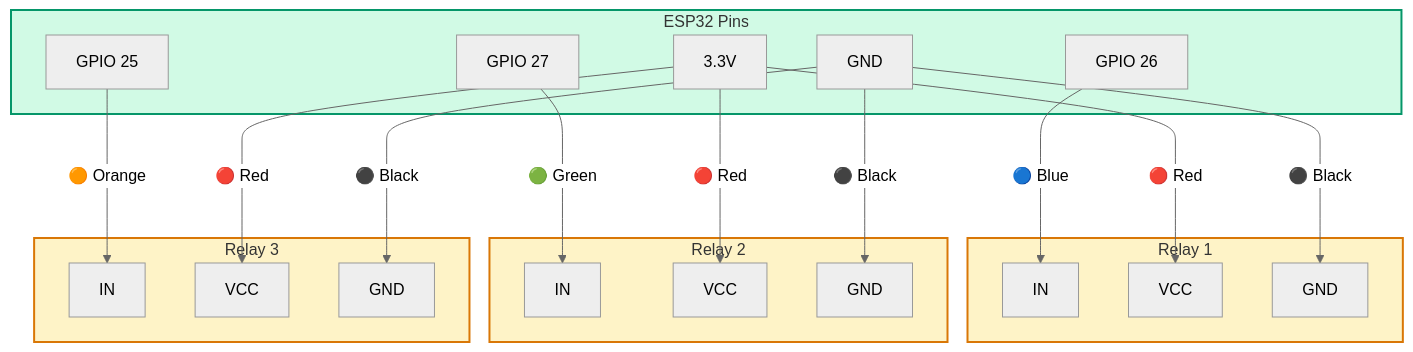
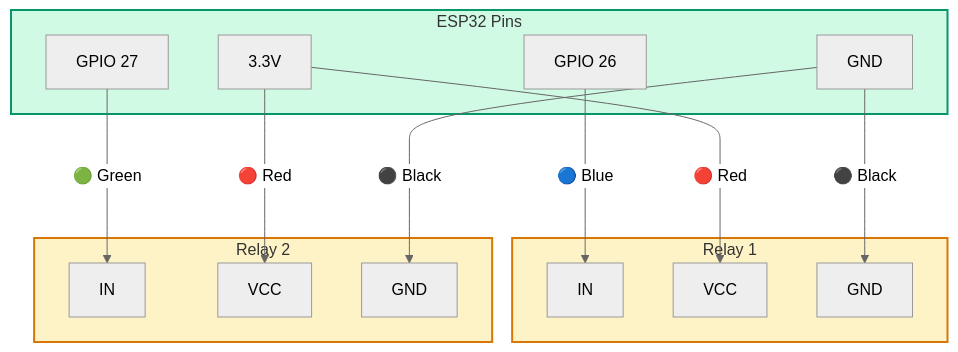
One commit to ermaasofia/SmartParcelLockerSystem changed the third of 9 diagrams in wiring.md. Above: the diagram before and after it, drawn with Mermaid (neutral theme). The commit also changed other lines of this file and 3 other files, not shown here.

````diff
--- a/wiring.md
+++ b/wiring.md
@@ -178,43 +152,32 @@
 ```mermaid
 graph TD
     subgraph ESP ["ESP32 Pins"]
         P26["GPIO 26"]
         P27["GPIO 27"]
-        P25["GPIO 25"]
         P33["3.3V"]
         PGND["GND"]
     end
 
     subgraph R1 ["Relay 1"]
         R1I["IN"]
         R1V["VCC"]
         R1G["GND"]
     end
 
     subgraph R2 ["Relay 2"]
         R2I["IN"]
         R2V["VCC"]
         R2G["GND"]
     end
 
-    subgraph R3 ["Relay 3"]
-        R3I["IN"]
-        R3V["VCC"]
-        R3G["GND"]
-    end
-
     P26 --->|"🔵 Blue"| R1I
     P27 --->|"🟢 Green"| R2I
-    P25 --->|"🟠 Orange"| R3I
     P33 --->|"🔴 Red"| R1V
     P33 --->|"🔴 Red"| R2V
-    P33 --->|"🔴 Red"| R3V
     PGND --->|"⚫ Black"| R1G
     PGND --->|"⚫ Black"| R2G
-    PGND --->|"⚫ Black"| R3G
 
     style ESP fill:#d1fae5,stroke:#059669,stroke-width:2px
     style R1 fill:#fef3c7,stroke:#d97706,stroke-width:2px
     style R2 fill:#fef3c7,stroke:#d97706,stroke-width:2px
-    style R3 fill:#fef3c7,stroke:#d97706,stroke-width:2px
 ```
````
